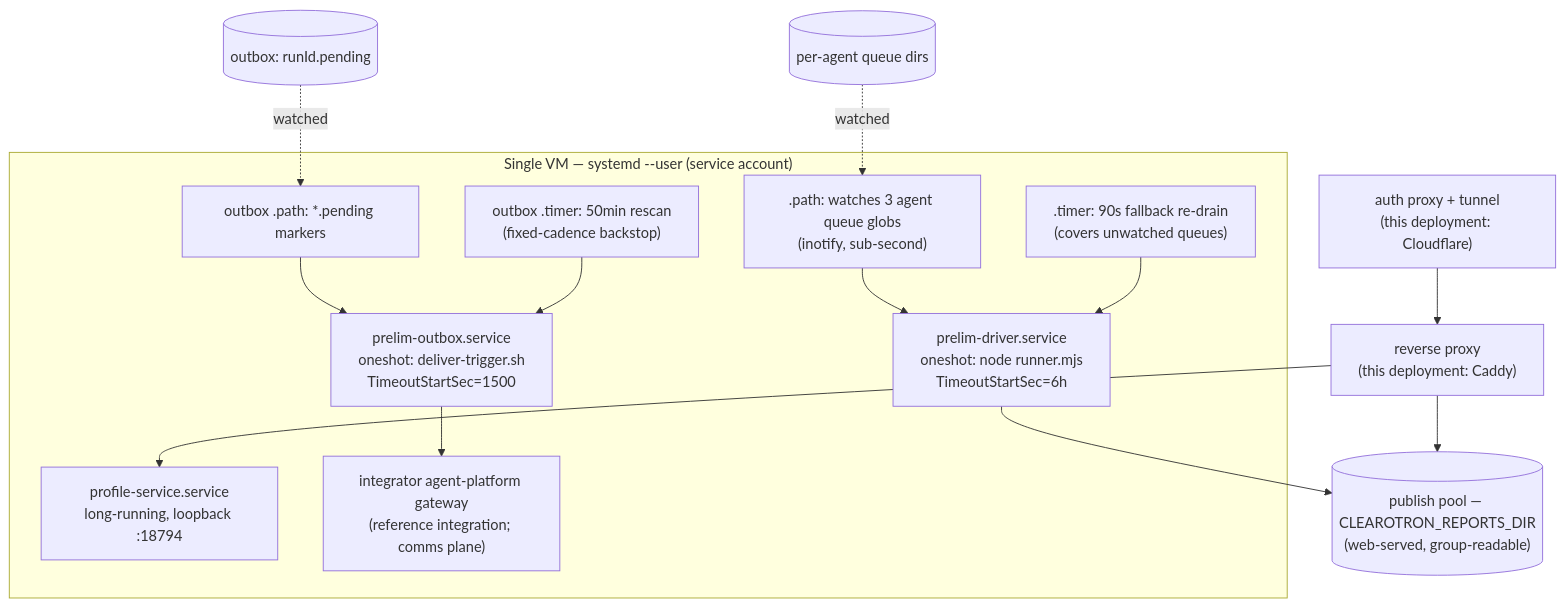
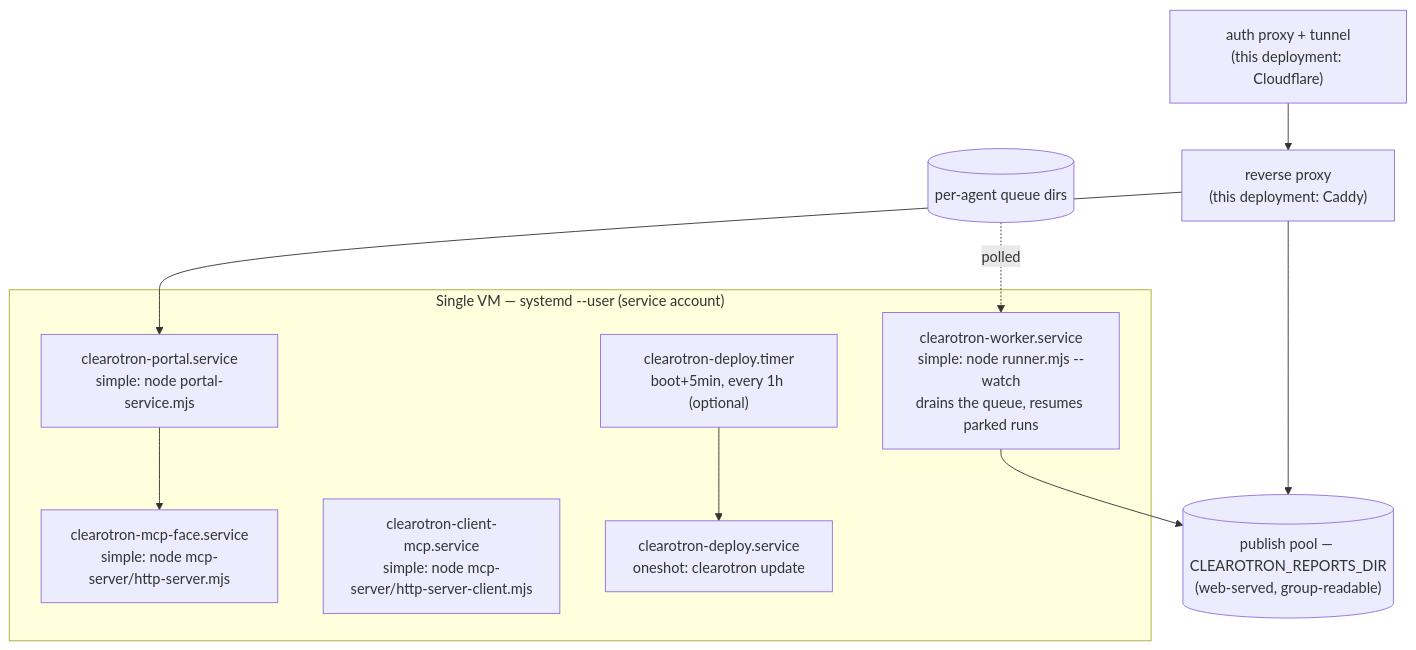
The diagram in docs/architecture/06-operations-runbook.md (CordilleraSarl/clearotron), drawn with Mermaid before and after one commit. The commit also changed other lines of this file and 227 other files, not shown here.

````diff
--- a/docs/architecture/06-operations-runbook.md
+++ b/docs/architecture/06-operations-runbook.md
@@ -20,24 +20,18 @@
 ```mermaid
 flowchart TB
     subgraph VM["Single VM — systemd --user (service account)"]
-        DP[".path: watches 3 agent queue globs<br/>(inotify, sub-second)"]
-        DT[".timer: 90s fallback re-drain<br/>(covers unwatched queues)"]
-        DS["prelim-driver.service<br/>oneshot: node runner.mjs<br/>TimeoutStartSec=6h"]
-        OP["outbox .path: *.pending markers"]
-        OT["outbox .timer: 50min rescan<br/>(fixed-cadence backstop)"]
-        OS["prelim-outbox.service<br/>oneshot: deliver-trigger.sh<br/>TimeoutStartSec=1500"]
-        PS["profile-service.service<br/>long-running, loopback :18794"]
-        GW["integrator agent-platform gateway<br/>(reference integration; comms plane)"]
-        DP --> DS
+        WK["clearotron-worker.service<br/>simple: node runner.mjs --watch<br/>drains the queue, resumes parked runs"]
+        PT["clearotron-portal.service<br/>simple: node portal-service.mjs"]
+        MF["clearotron-mcp-face.service<br/>simple: node mcp-server/http-server.mjs"]
+        CM["clearotron-client-mcp.service<br/>simple: node mcp-server/http-server-client.mjs"]
+        DT["clearotron-deploy.timer<br/>boot+5min, every 1h (optional)"]
+        DS["clearotron-deploy.service<br/>oneshot: clearotron update"]
         DT --> DS
-        OP --> OS
-        OT --> OS
+        PT --> MF
     end
-    Q[("per-agent queue dirs")] -.watched.-> DP
-    OB[("outbox: runId.pending")] -.watched.-> OP
+    Q[("per-agent queue dirs")] -.polled.-> WK
     POOL[("publish pool — CLEAROTRON_REPORTS_DIR<br/>(web-served, group-readable)")]
-    CF["auth proxy + tunnel<br/>(this deployment: Cloudflare)"] --> CADDY["reverse proxy<br/>(this deployment: Caddy)"] --> PS
+    WK --> POOL
+    CF["auth proxy + tunnel<br/>(this deployment: Cloudflare)"] --> CADDY["reverse proxy<br/>(this deployment: Caddy)"] --> PT
     CADDY --> POOL
-    DS --> POOL
-    OS --> GW
 ```
````
